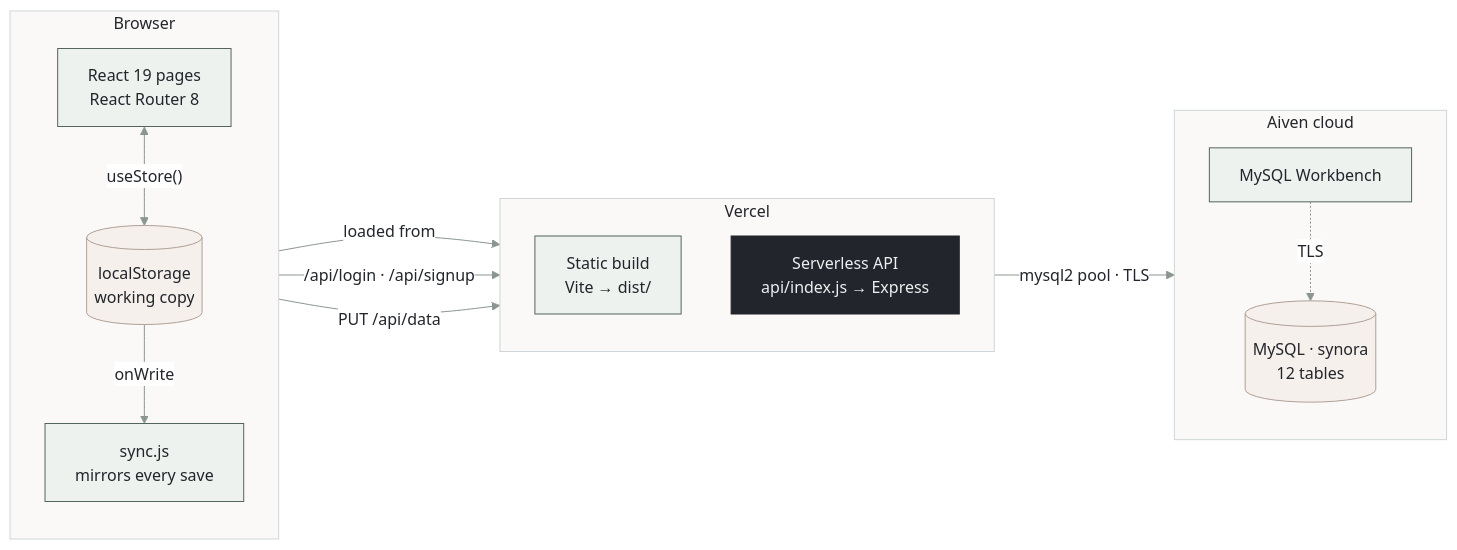
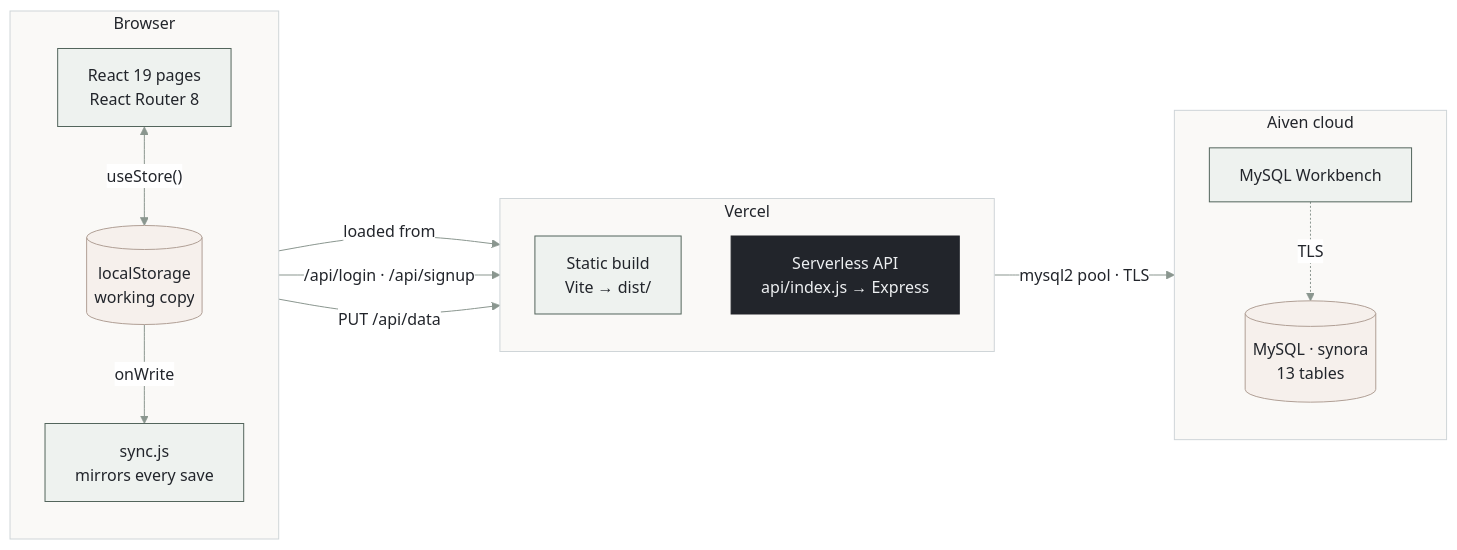
One commit to Manan-2007/Synora changed the fourth of 7 diagrams in README.md. Above: the diagram before and after it, drawn with Mermaid. The commit also changed other lines of this file and 34 other files, not shown here.

````diff
--- a/README.md
+++ b/README.md
@@ -364,31 +364,31 @@
 ```mermaid
 %%{init: {"theme": "base", "themeVariables": {"fontFamily": "Inter, -apple-system, Segoe UI, sans-serif", "primaryColor": "#EEF2EF", "primaryTextColor": "#22252B", "primaryBorderColor": "#53655C", "lineColor": "#8A968F", "clusterBkg": "#FAF9F7", "clusterBorder": "#CFD5D8", "titleColor": "#22252B", "edgeLabelBackground": "#FFFFFF"}}}%%
 flowchart LR
     subgraph BROWSER["Browser"]
         direction TB
         UI["React 19 pages<br/>React Router 8"]
         LS[("localStorage<br/>working copy")]
         SY["sync.js<br/>mirrors every save"]
         UI <-->|"useStore()"| LS
         LS -->|"onWrite"| SY
     end
     subgraph VERCEL["Vercel"]
         direction TB
         CDN["Static build<br/>Vite → dist/"]
         FN["Serverless API<br/>api/index.js → Express"]
     end
     subgraph AIVEN["Aiven cloud"]
         direction TB
-        DB[("MySQL · synora<br/>12 tables")]
+        DB[("MySQL · synora<br/>13 tables")]
         WB["MySQL Workbench"]
     end
     UI -->|"loaded from"| CDN
     UI -->|"/api/login · /api/signup"| FN
     SY -->|"PUT /api/data"| FN
     FN -->|"mysql2 pool · TLS"| DB
     WB -.->|"TLS"| DB
     classDef dark fill:#22252B,stroke:#22252B,color:#EDEFF1
     classDef data fill:#F6F0EC,stroke:#B09F95,color:#22252B
     class FN dark
     class DB,LS data
 ```
````
